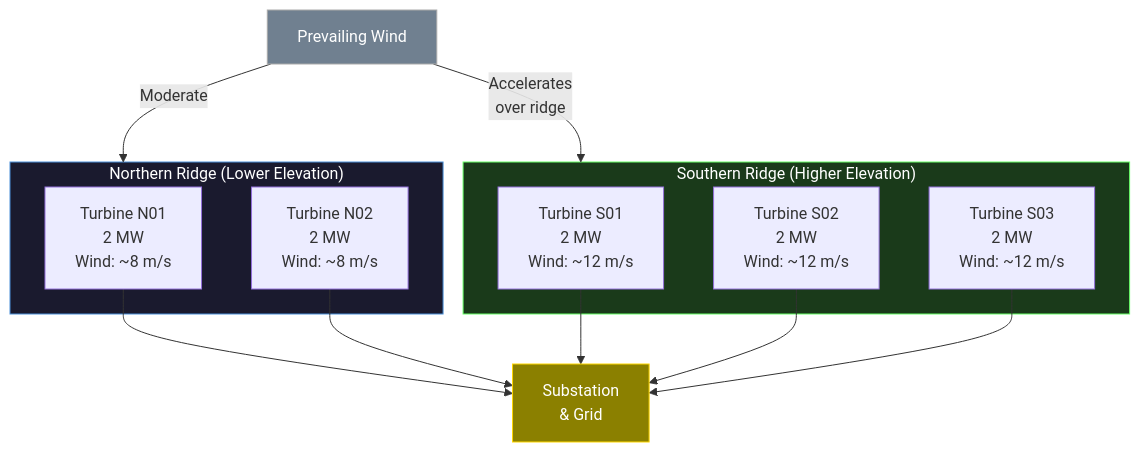
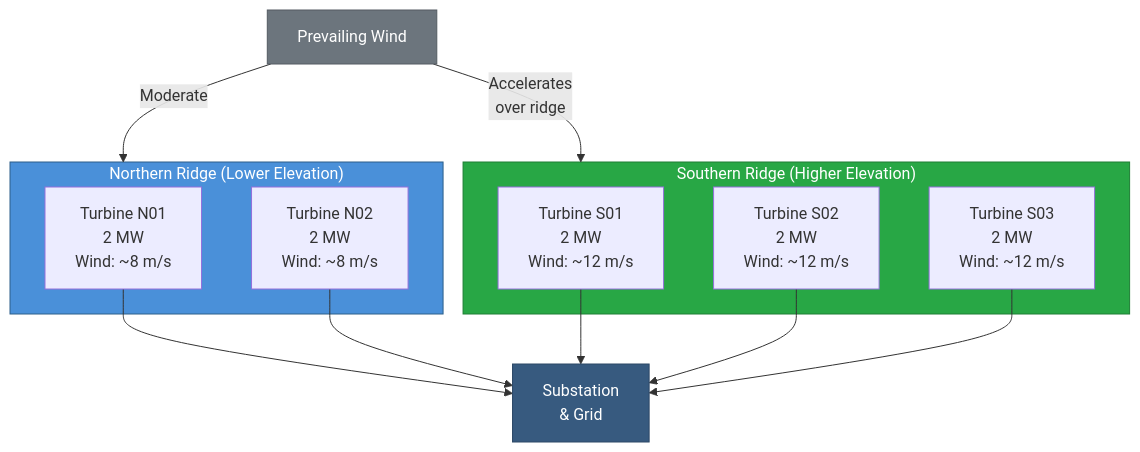
One commit to henryodibi11/Odibi changed the second of 3 diagrams in docs/simulation/patterns/energy_utilities.md. Above: the diagram before and after it, drawn with Mermaid. The commit also changed other lines of this file and 7 other files, not shown here.

First line of the commit message:
Fix mermaid diagram colors for readability across all 26 diagrams

````diff
--- a/docs/simulation/patterns/energy_utilities.md
+++ b/docs/simulation/patterns/energy_utilities.md
@@ -269,27 +269,27 @@
 ```mermaid
 flowchart TB
     subgraph NORTH["Northern Ridge (Lower Elevation)"]
         N1["Turbine N01\n2 MW\nWind: ~8 m/s"]
         N2["Turbine N02\n2 MW\nWind: ~8 m/s"]
     end
 
     subgraph SOUTH["Southern Ridge (Higher Elevation)"]
         S1["Turbine S01\n2 MW\nWind: ~12 m/s"]
         S2["Turbine S02\n2 MW\nWind: ~12 m/s"]
         S3["Turbine S03\n2 MW\nWind: ~12 m/s"]
     end
 
     WIND["Prevailing Wind"] -->|"Accelerates\nover ridge"| SOUTH
     WIND -->|"Moderate"| NORTH
 
     N1 --> SUB["Substation\n& Grid"]
     N2 --> SUB
     S1 --> SUB
     S2 --> SUB
     S3 --> SUB
 
-    style SOUTH fill:#1a3a1a,stroke:#66ff66,color:#ffffff
-    style NORTH fill:#1a1a2e,stroke:#4a90d9,color:#ffffff
-    style WIND fill:#708090,stroke:#A9A9A9,color:#ffffff
-    style SUB fill:#8B8000,stroke:#FFD700,color:#ffffff
+    style SOUTH fill:#28a745,stroke:#1e7e34,color:#ffffff
+    style NORTH fill:#4a90d9,stroke:#2c5f8a,color:#ffffff
+    style WIND fill:#6c757d,stroke:#545b62,color:#ffffff
+    style SUB fill:#375a7f,stroke:#2c4866,color:#ffffff
 ```
````
